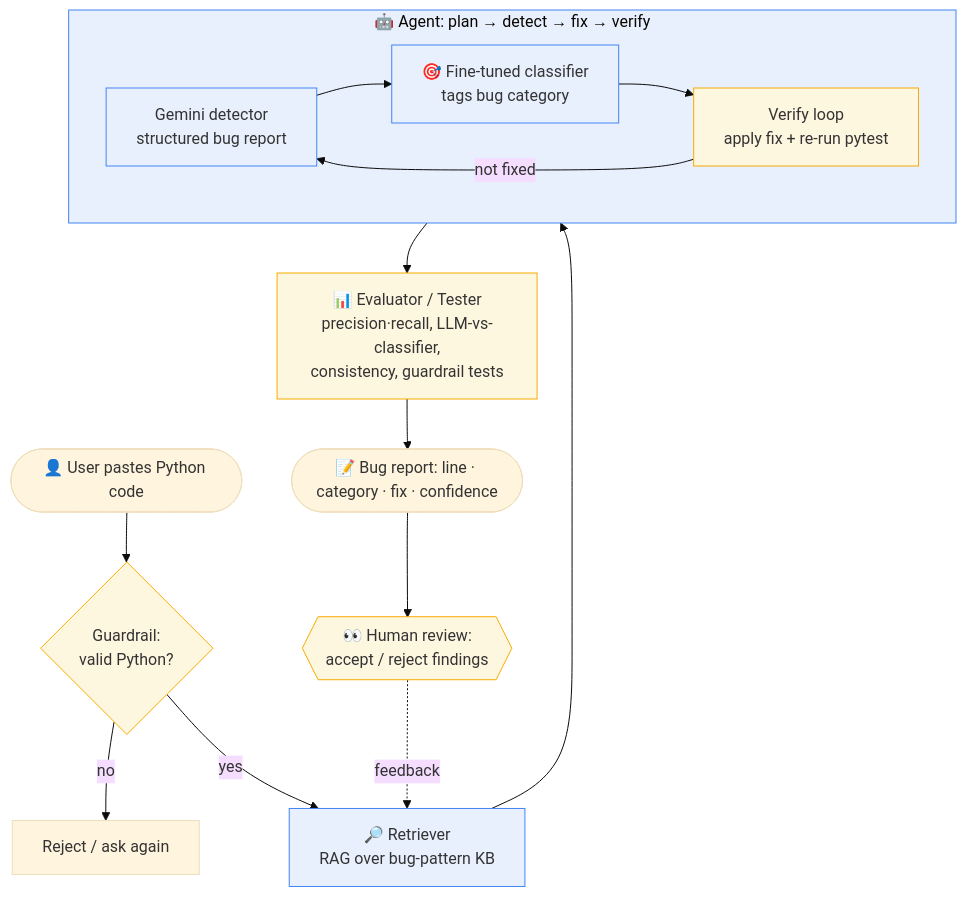
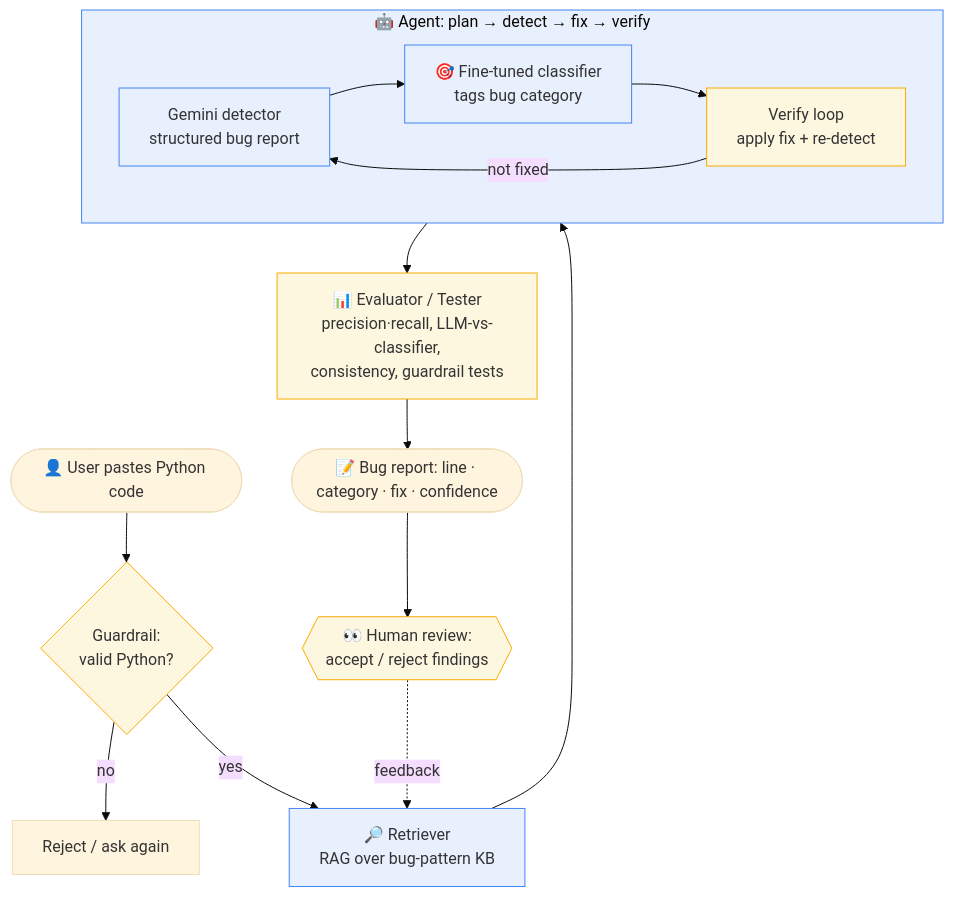
One commit to Masrawr/CodePath-final-project changed the diagram in diagrams/ai_interactions.md. Above: the diagram before and after it, drawn with Mermaid (base theme). The commit also changed other lines of this file and 12 other files, not shown here.

````diff
--- a/diagrams/ai_interactions.md
+++ b/diagrams/ai_interactions.md
@@ -5,27 +5,27 @@
 ```mermaid
 flowchart TD
     User([👤 User pastes Python code]) --> Guard{Guardrail:<br/>valid Python?}
     Guard -- no --> Reject[Reject / ask again]
     Guard -- yes --> Retriever[🔎 Retriever<br/>RAG over bug-pattern KB]
 
     Retriever --> Agent
 
     subgraph Agent [🤖 Agent: plan → detect → fix → verify]
         LLM[Gemini detector<br/>structured bug report]
         Clf[🎯 Fine-tuned classifier<br/>tags bug category]
-        Verify[Verify loop<br/>apply fix + re-run pytest]
+        Verify[Verify loop<br/>apply fix + re-detect]
         LLM --> Clf --> Verify
         Verify -- not fixed --> LLM
     end
 
     Agent --> Eval[📊 Evaluator / Tester<br/>precision·recall, LLM-vs-classifier,<br/>consistency, guardrail tests]
     Eval --> Output([📝 Bug report: line · category · fix · confidence])
 
     Output --> Human{{👀 Human review:<br/>accept / reject findings}}
     Human -. feedback .-> Retriever
 
     classDef ai fill:#e8f0fe,stroke:#4285f4;
     classDef check fill:#fef7e0,stroke:#f9ab00;
     class Retriever,LLM,Clf,Agent ai;
     class Guard,Eval,Human,Verify check;
 ```
````
